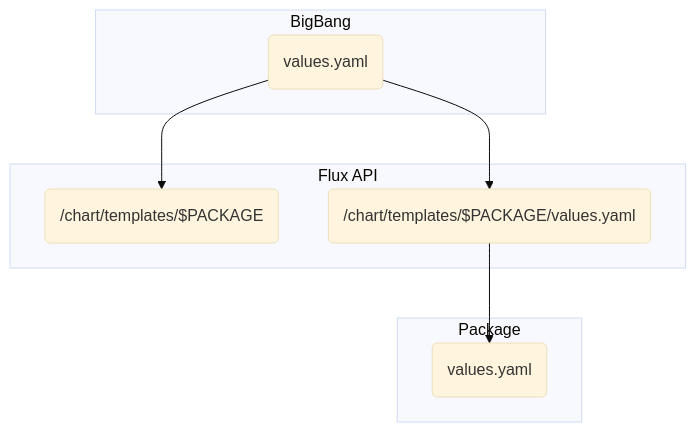
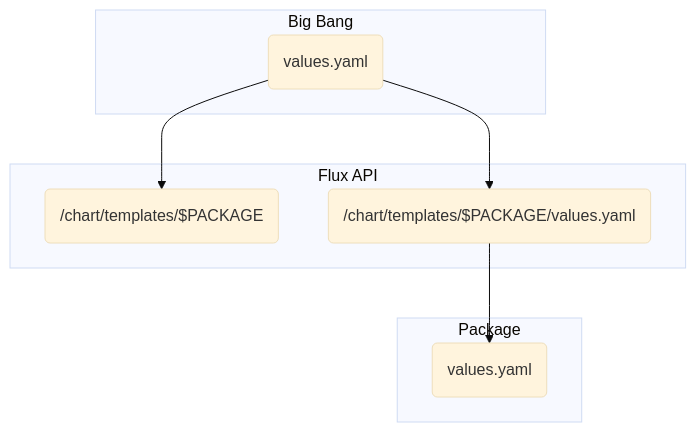
One commit to anoncam/big-bang changed the diagram in docs/guides/using_bigbang/values_guide.md. Above: the diagram before and after it, drawn with Mermaid (base theme). The commit also changed other lines of this file, not shown here.

````diff
--- a/docs/guides/using_bigbang/values_guide.md
+++ b/docs/guides/using_bigbang/values_guide.md
@@ -21,16 +21,16 @@
 ```mermaid
 graph TD
   subgraph "Package"
     package_values("values.yaml")
   end
 
   subgraph "Flux API"
     flux_api("Flux API")
     values_passthrough("/chart/templates/$PACKAGE/values.yaml") --> package_values("values.yaml")
   end
 
-  subgraph "BigBang"
+  subgraph "Big Bang"
     bb("values.yaml") --> flux_api("/chart/templates/$PACKAGE")
     bb("values.yaml") --> values_passthrough("/chart/templates/$PACKAGE/values.yaml")
   end
 ```
````
